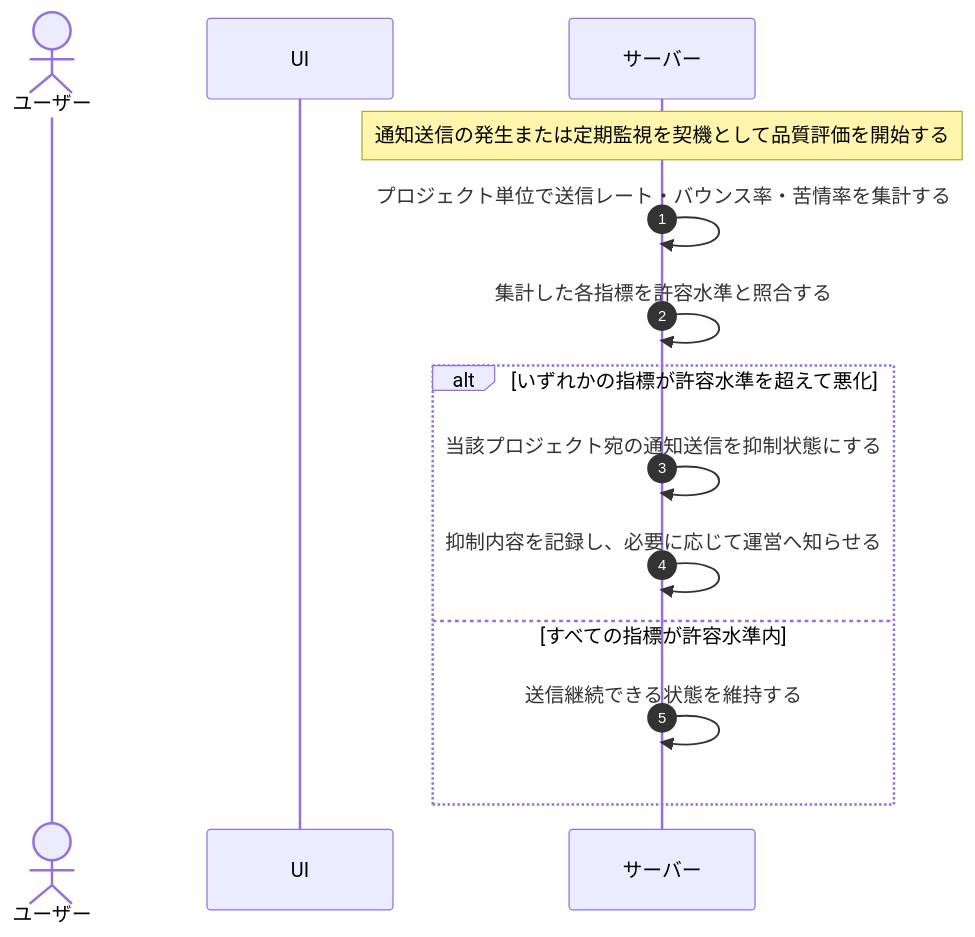
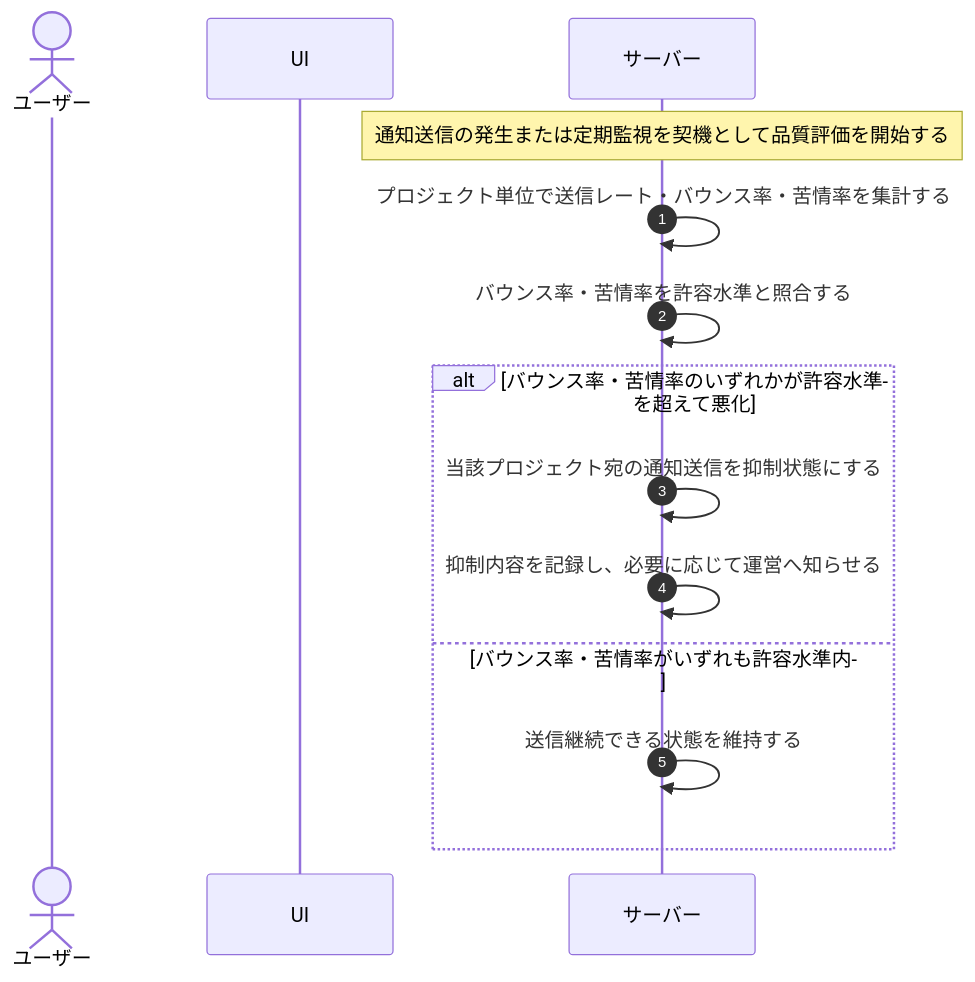
Before and after one commit to sikakou54/open-faq: the diagram in 01_requirements/04_business_usecases/UC-065.md, drawn with Mermaid. The commit also changed other lines of this file and 24 other files, not shown here.

````diff
--- a/01_requirements/04_business_usecases/UC-065.md
+++ b/01_requirements/04_business_usecases/UC-065.md
@@ -27,17 +27,17 @@
 ```mermaid
 sequenceDiagram
   autonumber
   actor U as ユーザー
   participant UI as UI
   participant S as サーバー
 
   Note over S: 通知送信の発生または定期監視を契機として品質評価を開始する
   S->>S: プロジェクト単位で送信レート・バウンス率・苦情率を集計する
-  S->>S: 集計した各指標を許容水準と照合する
-  alt いずれかの指標が許容水準を超えて悪化
+  S->>S: バウンス率・苦情率を許容水準と照合する
+  alt バウンス率・苦情率のいずれかが許容水準を超えて悪化
     S->>S: 当該プロジェクト宛の通知送信を抑制状態にする
     S->>S: 抑制内容を記録し、必要に応じて運営へ知らせる
-  else すべての指標が許容水準内
+  else バウンス率・苦情率がいずれも許容水準内
     S->>S: 送信継続できる状態を維持する
   end
 ```
````
